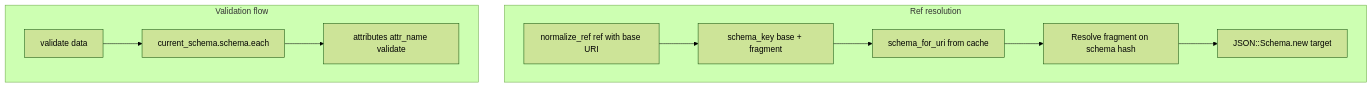
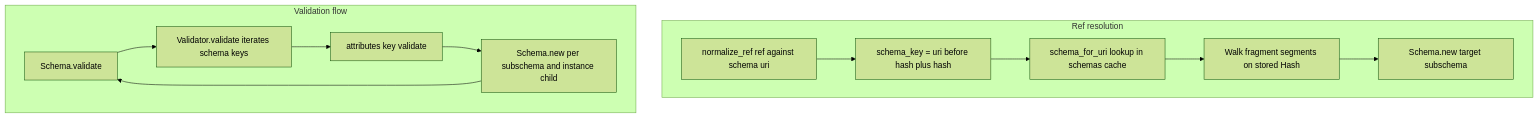
The second of 2 diagrams in research/reports/ruby/voxpupuli-json-schema.md (goddtriffin/json-schema-rs), drawn with Mermaid (forest theme) before and after one commit. The commit also changed other lines of this file and 51 other files, not shown here.

````diff
--- a/research/reports/ruby/voxpupuli-json-schema.md
+++ b/research/reports/ruby/voxpupuli-json-schema.md
@@ -109,21 +114,24 @@
 ```mermaid
 flowchart TB
   subgraph refResolution [Ref resolution]
-    NormalizeRef[normalize_ref ref with base URI]
-    SchemaKey[schema_key base + fragment]
-    SchemaForUri[schema_for_uri from cache]
-    FragmentResolve[Resolve fragment on schema hash]
-    NewSchema[JSON::Schema.new target]
+    NormalizeRef[normalize_ref ref against schema uri]
+    SchemaKey[schema_key = uri before hash plus hash]
+    SchemaForUri[schema_for_uri lookup in schemas cache]
+    FragmentResolve[Walk fragment segments on stored Hash]
+    NewSchema[Schema.new target subschema]
     NormalizeRef --> SchemaKey
     SchemaKey --> SchemaForUri
     SchemaForUri --> FragmentResolve
     FragmentResolve --> NewSchema
   end
   subgraph validationFlow [Validation flow]
-    ValidateEntry[validate data]
-    EachAttr[current_schema.schema.each]
-    AttrDispatch[attributes attr_name validate]
+    ValidateEntry[Schema.validate]
+    EachAttr[Validator.validate iterates schema keys]
+    AttrDispatch[attributes key validate]
+    SubSchema[Schema.new per subschema and instance child]
     ValidateEntry --> EachAttr
     EachAttr --> AttrDispatch
+    AttrDispatch --> SubSchema
+    SubSchema --> ValidateEntry
   end
 ```
````
